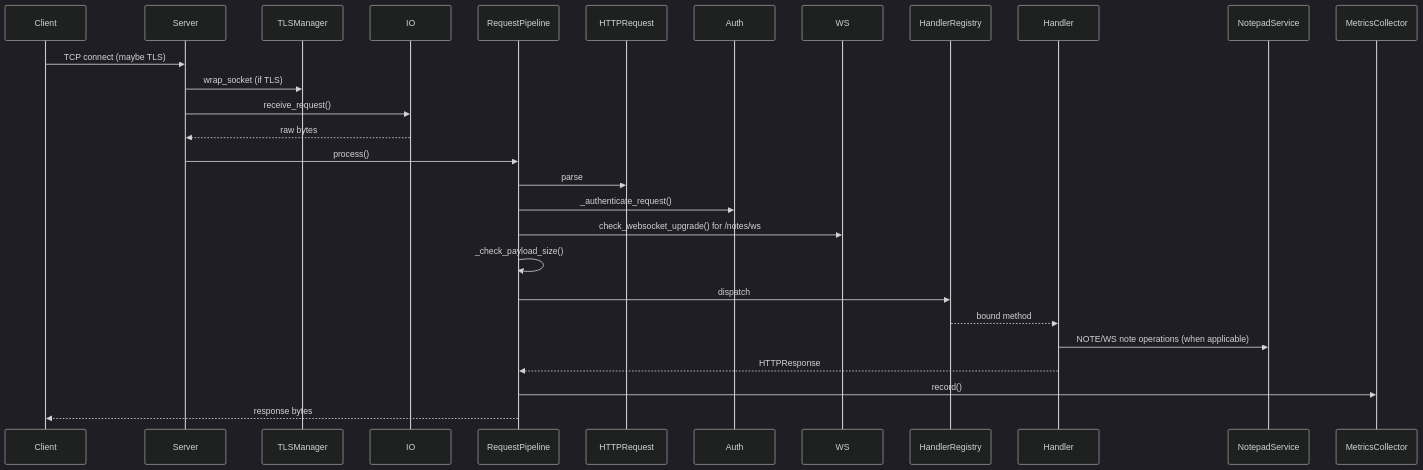
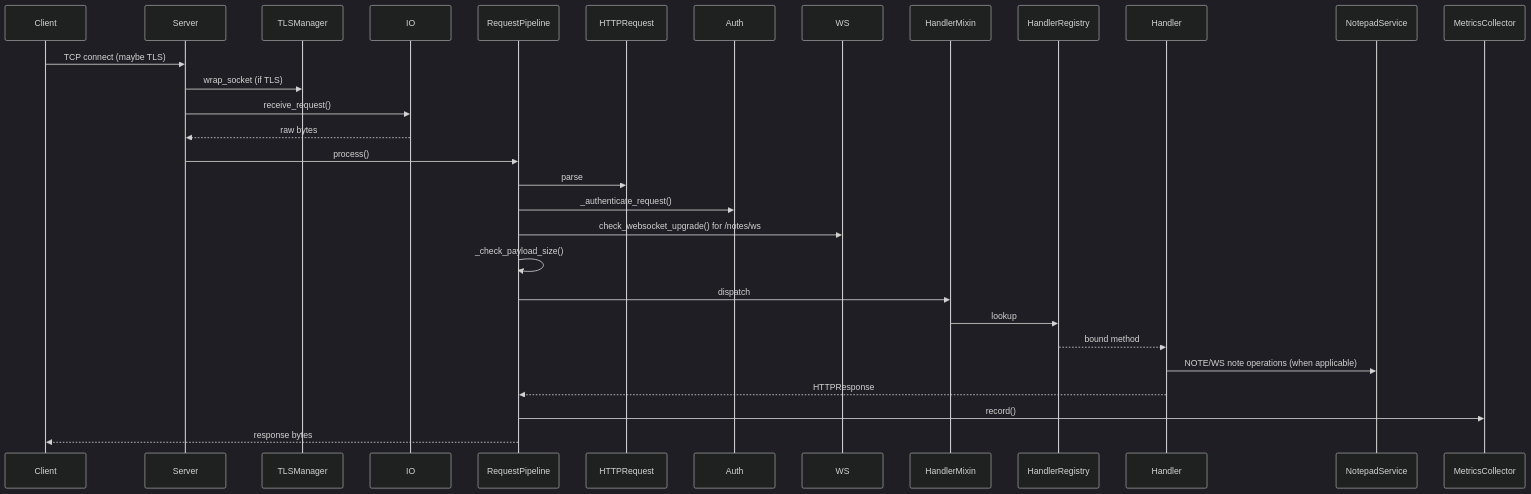
The diagram in docs/architecture.md (gkumurzhi/ExperimentalServer), drawn with Mermaid (dark theme) before and after one commit. The commit also changed other lines of this file and 117 other files, not shown here.

````diff
--- a/docs/architecture.md
+++ b/docs/architecture.md
@@ -41,18 +41,19 @@
 ```mermaid
 sequenceDiagram
     Client->>Server: TCP connect (maybe TLS)
     Server->>TLSManager: wrap_socket (if TLS)
     Server->>IO: receive_request()
     IO-->>Server: raw bytes
     Server->>RequestPipeline: process()
     RequestPipeline->>HTTPRequest: parse
     RequestPipeline->>Auth: _authenticate_request()
     RequestPipeline->>WS: check_websocket_upgrade() for /notes/ws
     RequestPipeline->>RequestPipeline: _check_payload_size()
-    RequestPipeline->>HandlerRegistry: dispatch
+    RequestPipeline->>HandlerMixin: dispatch
+    HandlerMixin->>HandlerRegistry: lookup
     HandlerRegistry-->>Handler: bound method
     Handler->>NotepadService: NOTE/WS note operations (when applicable)
     Handler-->>RequestPipeline: HTTPResponse
     RequestPipeline->>MetricsCollector: record()
     RequestPipeline-->>Client: response bytes
 ```
````
